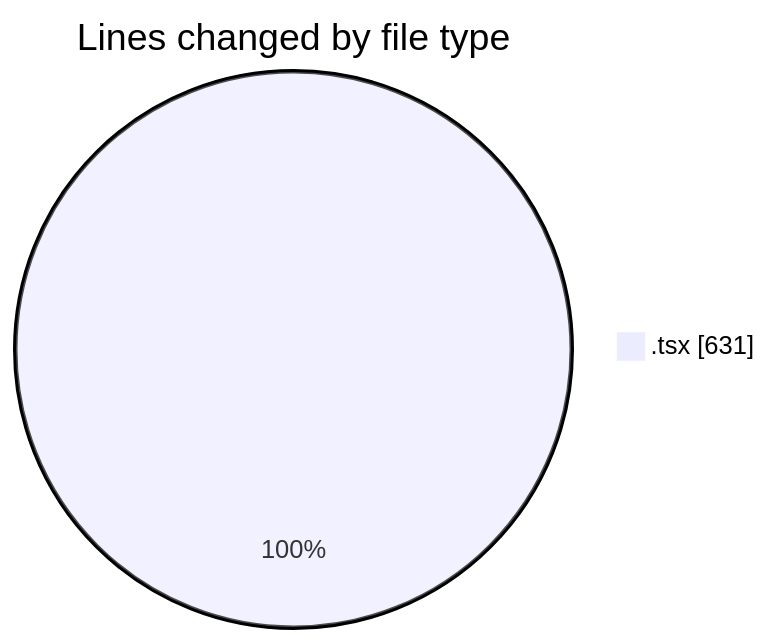
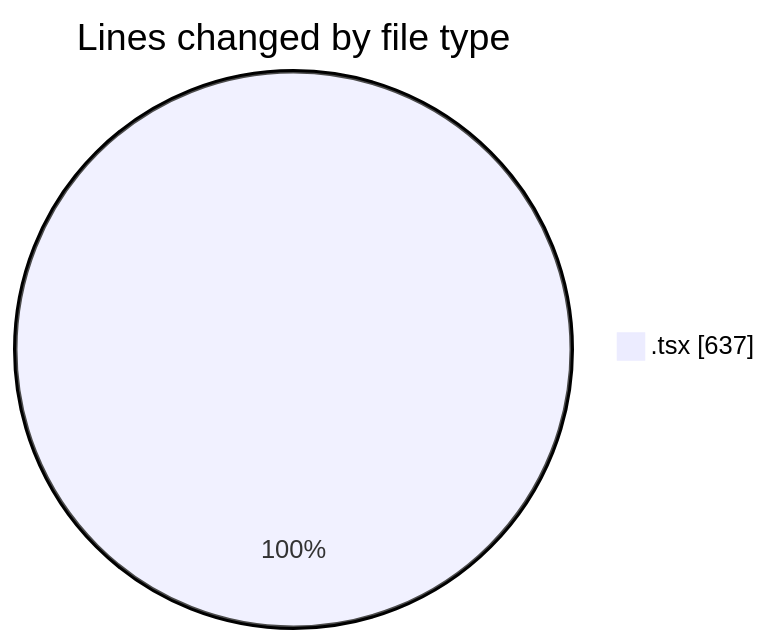
One commit to nxtqubesakshisongat/code-tracking changed the first of 2 diagrams in 2026-07-11/nxtqube_webapp/README.md. Above: the diagram before and after it, drawn with Mermaid. The commit also changed other lines of this file and 1 other file, not shown here.

````diff
--- a/2026-07-11/nxtqube_webapp/README.md
+++ b/2026-07-11/nxtqube_webapp/README.md
@@ -21,5 +21,5 @@
 ```mermaid
 pie showData
 title Lines changed by file type
-".tsx" : 631
+".tsx" : 637
 ```
````
